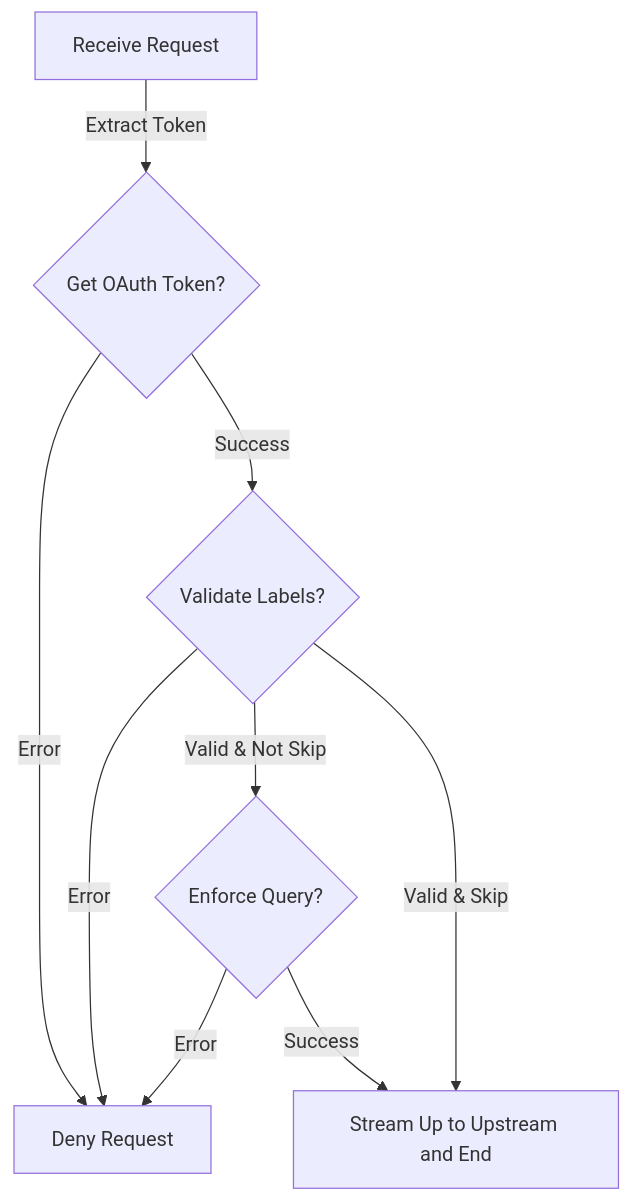
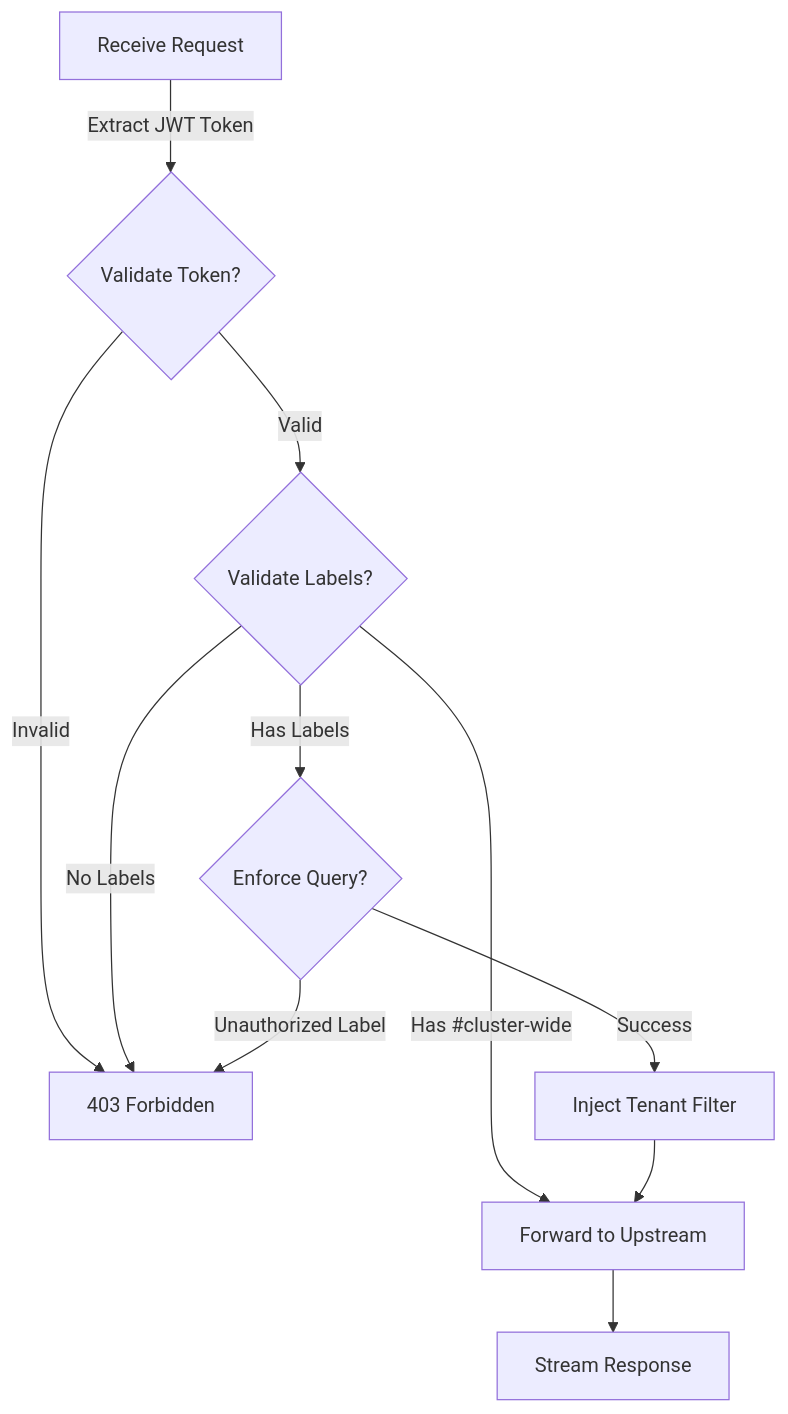
The diagram in README.MD (binhnguyenduc/lgtm-lbac-proxy), drawn with Mermaid before and after one commit. The commit also changed other lines of this file and 25 other files, not shown here.

````diff
--- a/README.MD
+++ b/README.MD
@@ -43,12 +76,13 @@
 ```mermaid
 graph TD
-    A[Receive Request] -->|Extract Token| B{Get OAuth Token?}
-    B -->|Error| E[Deny Request]
-    D -->|Error| E
-    D -->|Valid & Not Skip| G{Enforce Query?}
-    D -->|Valid & Skip| F[Stream Up to Upstream and End]
-    B -->|Success| D{Validate Labels?}
-    G -->|Error| E
-    G -->|Success| F
-
+    A[Receive Request] -->|Extract JWT Token| B{Validate Token?}
+    B -->|Invalid| E[403 Forbidden]
+    B -->|Valid| D{Validate Labels?}
+    D -->|No Labels| E
+    D -->|Has #cluster-wide| F[Forward to Upstream]
+    D -->|Has Labels| G{Enforce Query?}
+    G -->|Unauthorized Label| E
+    G -->|Success| H[Inject Tenant Filter]
+    H --> F
+    F --> I[Stream Response]
 ```
````
